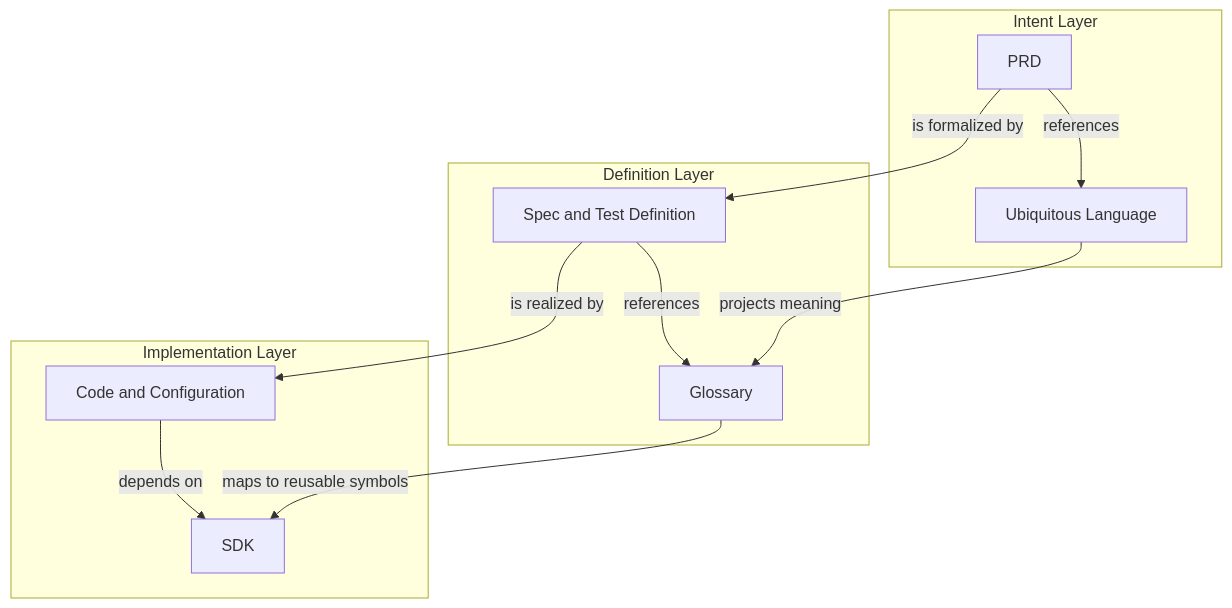
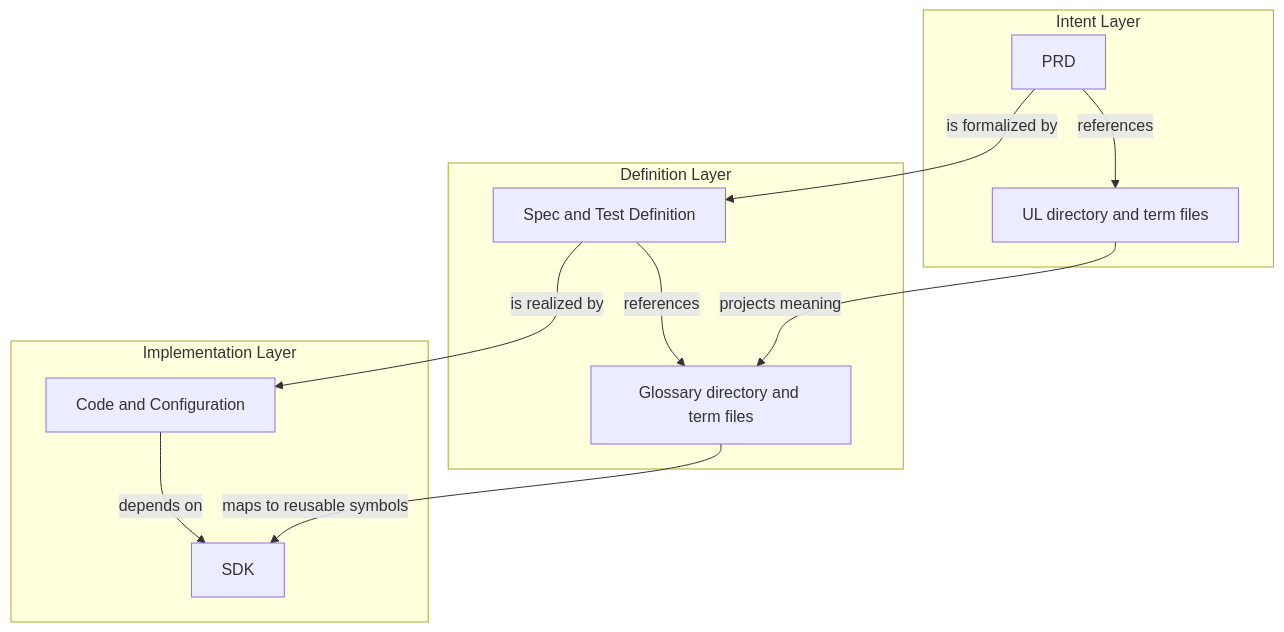
The diagram in docs/position/01_reference_and_subject_across_three_layers.md (IndenScale/docs-hygiene), drawn with Mermaid before and after one commit. The commit also changed other lines of this file and 228 other files, not shown here.

````diff
--- a/docs/position/01_reference_and_subject_across_three_layers.md
+++ b/docs/position/01_reference_and_subject_across_three_layers.md
@@ -31,25 +34,25 @@
 ```mermaid
 flowchart TB
     subgraph Intent[Intent Layer]
-        UL[Ubiquitous Language]
+        UL[UL directory and term files]
         PRD[PRD]
         PRD -->|references| UL
     end
 
     subgraph Definition[Definition Layer]
-        Glossary[Glossary]
+        Glossary[Glossary directory and term files]
         Spec[Spec and Test Definition]
         Spec -->|references| Glossary
     end
 
     subgraph Implementation[Implementation Layer]
         SDK[SDK]
         Code[Code and Configuration]
         Code -->|depends on| SDK
     end
 
     UL -->|projects meaning| Glossary
     Glossary -->|maps to reusable symbols| SDK
     PRD -->|is formalized by| Spec
     Spec -->|is realized by| Code
 ```
````
